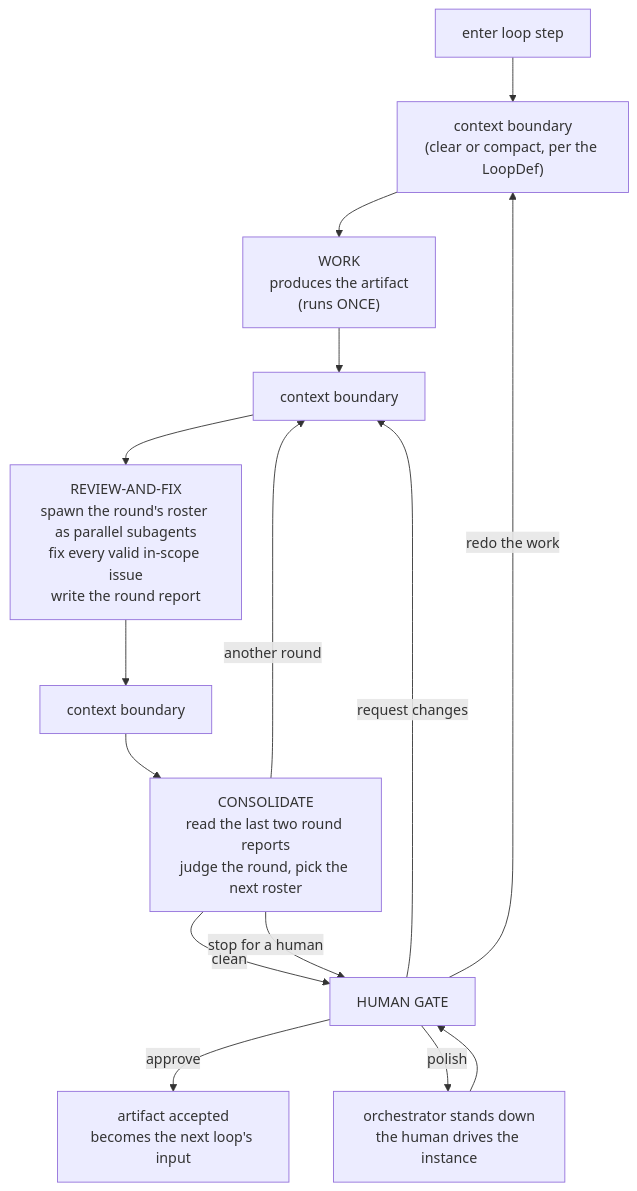
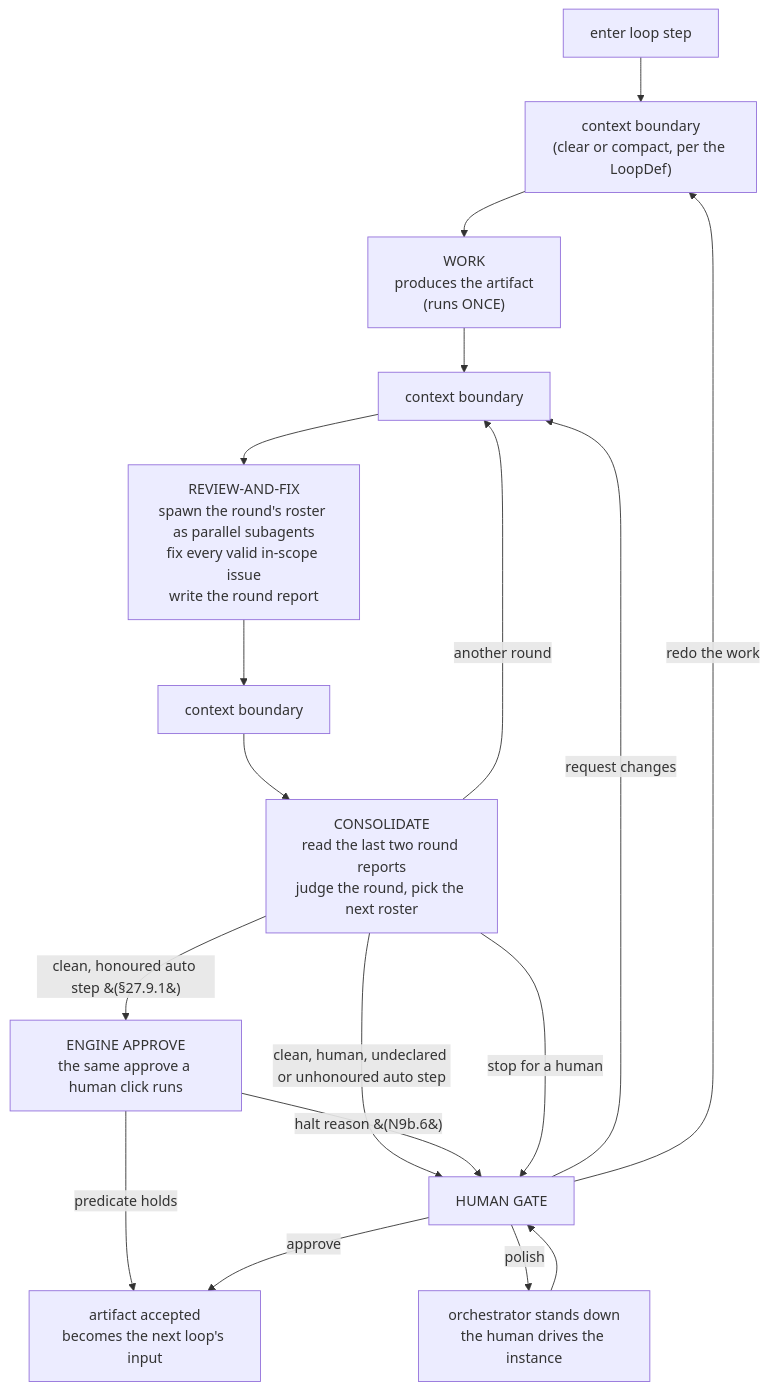
Before and after one commit to dylanb/agent-terminal: the first of 3 diagrams in docs/spec/27-in-terminal-loop-engine-the-live-design.md, drawn with Mermaid. The commit also changed other lines of this file and 6 other files, not shown here.

````diff
--- a/docs/spec/27-in-terminal-loop-engine-the-live-design.md
+++ b/docs/spec/27-in-terminal-loop-engine-the-live-design.md
@@ -31,17 +31,20 @@
 ```mermaid
 flowchart TD
   START["enter loop step"] --> B0["context boundary<br/>(clear or compact, per the LoopDef)"]
   B0 --> WORK["WORK<br/>produces the artifact<br/>(runs ONCE)"]
   WORK --> B1["context boundary"]
   B1 --> RF["REVIEW-AND-FIX<br/>spawn the round's roster as parallel subagents<br/>fix every valid in-scope issue<br/>write the round report"]
   RF --> B2["context boundary"]
   B2 --> CONS["CONSOLIDATE<br/>read the last two round reports<br/>judge the round, pick the next roster"]
   CONS -->|"another round"| B1
-  CONS -->|"clean"| GATE["HUMAN GATE"]
+  CONS -->|"clean, human, undeclared or unhonoured auto step"| GATE["HUMAN GATE"]
+  CONS -->|"clean, honoured auto step &#40;§27.9.1&#41;"| ENGINE["ENGINE APPROVE<br/>the same approve a human click runs"]
+  ENGINE -->|"predicate holds"| DONE
+  ENGINE -->|"halt reason &#40;N9b.6&#41;"| GATE
   CONS -->|"stop for a human"| GATE
   GATE -->|"request changes"| B1
   GATE -->|"redo the work"| B0
   GATE -->|"approve"| DONE["artifact accepted<br/>becomes the next loop's input"]
   GATE -->|"polish"| POLISH["orchestrator stands down<br/>the human drives the instance"]
   POLISH --> GATE
 ```
````
